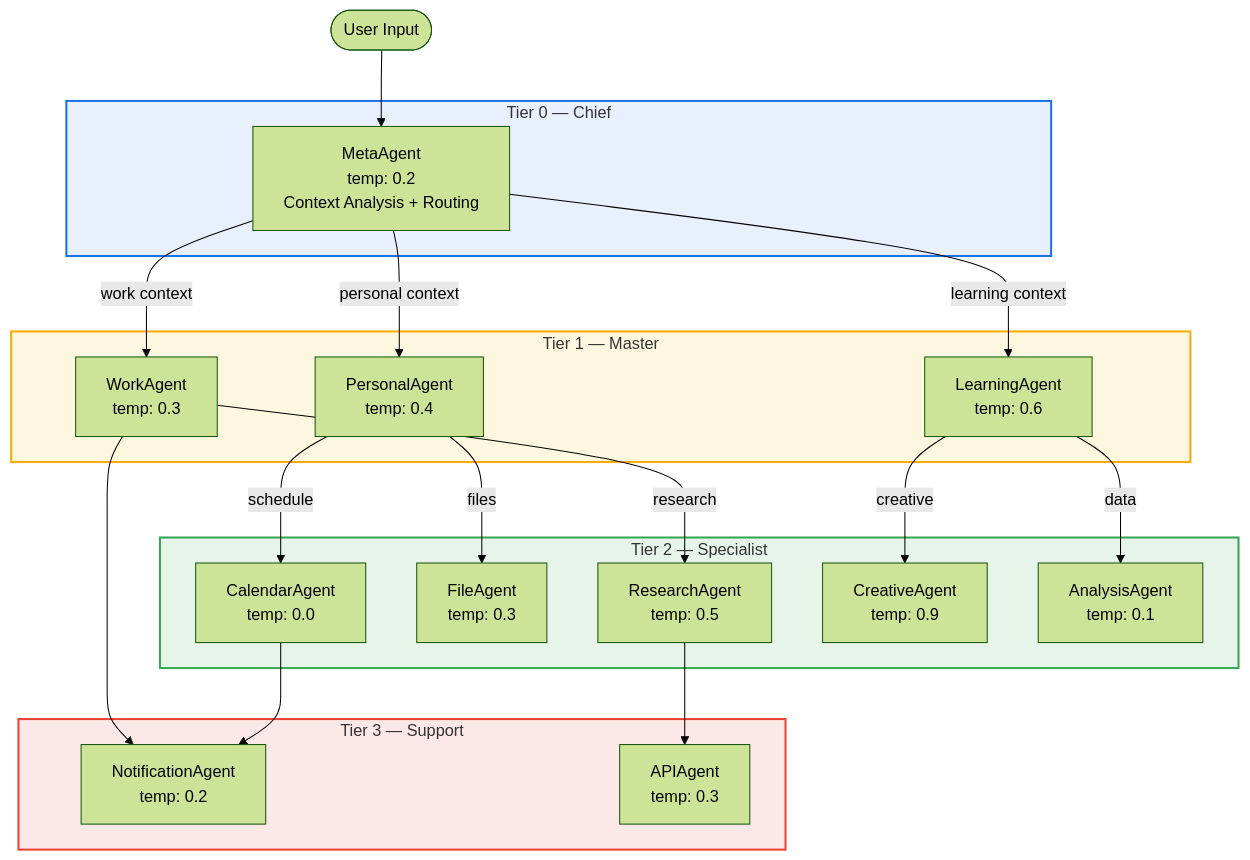
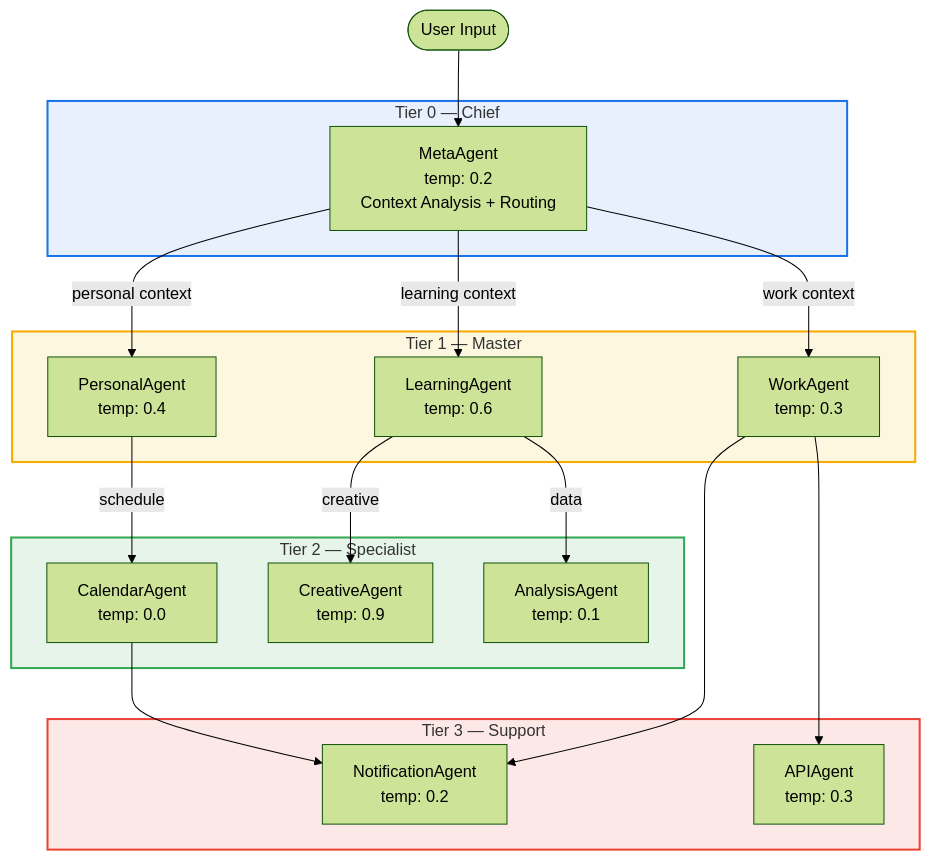
One commit to JonathanBenicio/Agent-System changed the fourth of 9 diagrams in docs/architecture/diagrams.md. Above: the diagram before and after it, drawn with Mermaid (forest theme). The commit also changed other lines of this file and 81 other files, not shown here.

````diff
--- a/docs/architecture/diagrams.md
+++ b/docs/architecture/diagrams.md
@@ -229,46 +205,42 @@
 ```mermaid
 graph TD
     INPUT([User Input]) --> META
 
     subgraph Tier0["Tier 0 — Chief"]
         META[MetaAgent<br/>temp: 0.2<br/>Context Analysis + Routing]
     end
 
     subgraph Tier1["Tier 1 — Master"]
         PERSONAL[PersonalAgent<br/>temp: 0.4]
         WORK[WorkAgent<br/>temp: 0.3]
         LEARNING[LearningAgent<br/>temp: 0.6]
     end
 
     subgraph Tier2["Tier 2 — Specialist"]
         CALENDAR[CalendarAgent<br/>temp: 0.0]
-        FILE[FileAgent<br/>temp: 0.3]
-        RESEARCH[ResearchAgent<br/>temp: 0.5]
         CREATIVE[CreativeAgent<br/>temp: 0.9]
         ANALYSIS[AnalysisAgent<br/>temp: 0.1]
     end
 
     subgraph Tier3["Tier 3 — Support"]
         NOTIF[NotificationAgent<br/>temp: 0.2]
         APIAGENT[APIAgent<br/>temp: 0.3]
     end
 
     META -->|"personal context"| PERSONAL
     META -->|"work context"| WORK
     META -->|"learning context"| LEARNING
 
     PERSONAL -->|"schedule"| CALENDAR
-    PERSONAL -->|"files"| FILE
-    WORK -->|"research"| RESEARCH
     LEARNING -->|"creative"| CREATIVE
     LEARNING -->|"data"| ANALYSIS
 
     CALENDAR --> NOTIF
     WORK --> NOTIF
-    RESEARCH --> APIAGENT
+    WORK --> APIAGENT
 
     style Tier0 fill:#e8f0fe,stroke:#1a73e8,stroke-width:2px
     style Tier1 fill:#fef7e0,stroke:#f9ab00,stroke-width:2px
     style Tier2 fill:#e6f4ea,stroke:#34a853,stroke-width:2px
     style Tier3 fill:#fce8e6,stroke:#ea4335,stroke-width:2px
 ```
````
